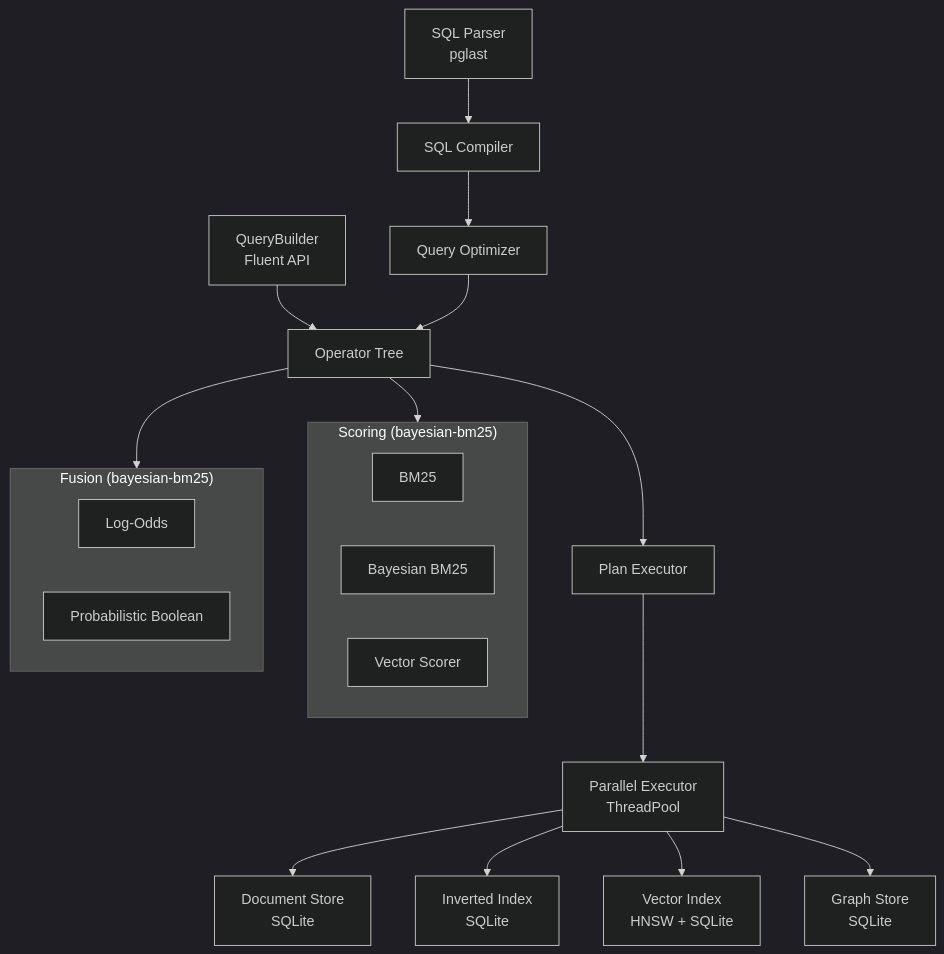
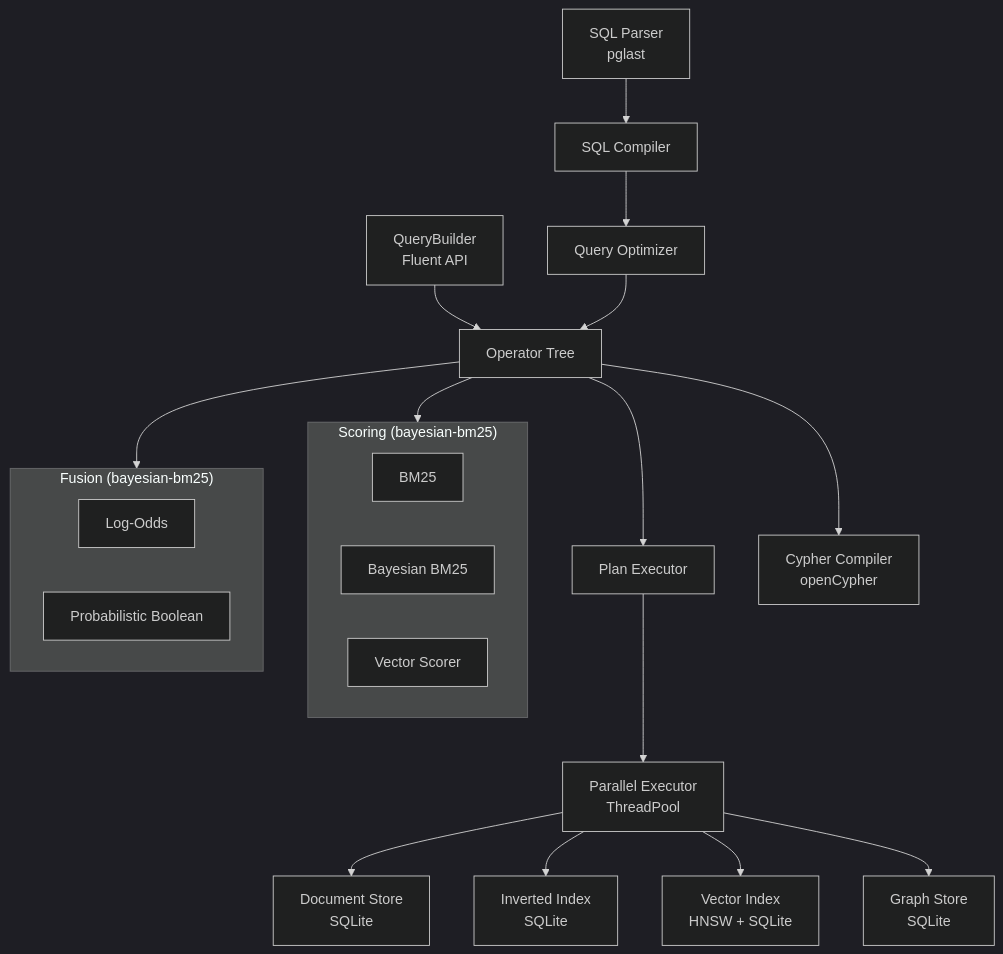
One commit to cognica-io/uqa changed the diagram in README.md. Above: the diagram before and after it, drawn with Mermaid (dark theme). The commit also changed other lines of this file and 10 other files, not shown here.

````diff
--- a/README.md
+++ b/README.md
@@ -114,29 +129,30 @@
 ```mermaid
 graph TD
     SQL[SQL Parser<br/>pglast] --> Compiler[SQL Compiler]
     QB[QueryBuilder<br/>Fluent API] --> Operators
 
     Compiler --> Optimizer[Query Optimizer]
     Optimizer --> Operators[Operator Tree]
     Operators --> Executor[Plan Executor]
     Executor --> PAR[Parallel Executor<br/>ThreadPool]
+    Operators --> Cypher[Cypher Compiler<br/>openCypher]
 
     PAR --> DS[Document Store<br/>SQLite]
     PAR --> II[Inverted Index<br/>SQLite]
     PAR --> VI[Vector Index<br/>HNSW + SQLite]
     PAR --> GS[Graph Store<br/>SQLite]
 
     subgraph Scoring ["Scoring (bayesian-bm25)"]
         BM25[BM25]
         BBFS[Bayesian BM25]
         VS[Vector Scorer]
     end
 
     subgraph Fusion ["Fusion (bayesian-bm25)"]
         LO[Log-Odds]
         PB[Probabilistic Boolean]
     end
 
     Operators --> Scoring
     Operators --> Fusion
 ```
````
